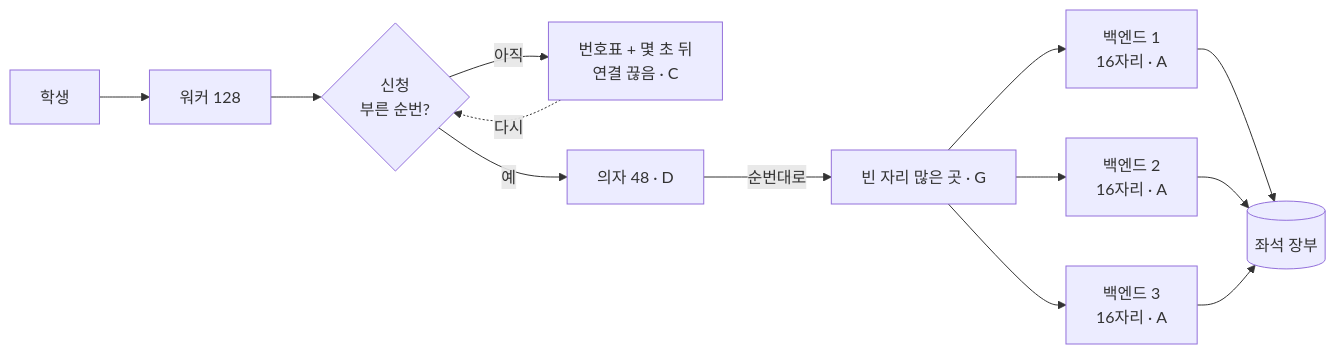
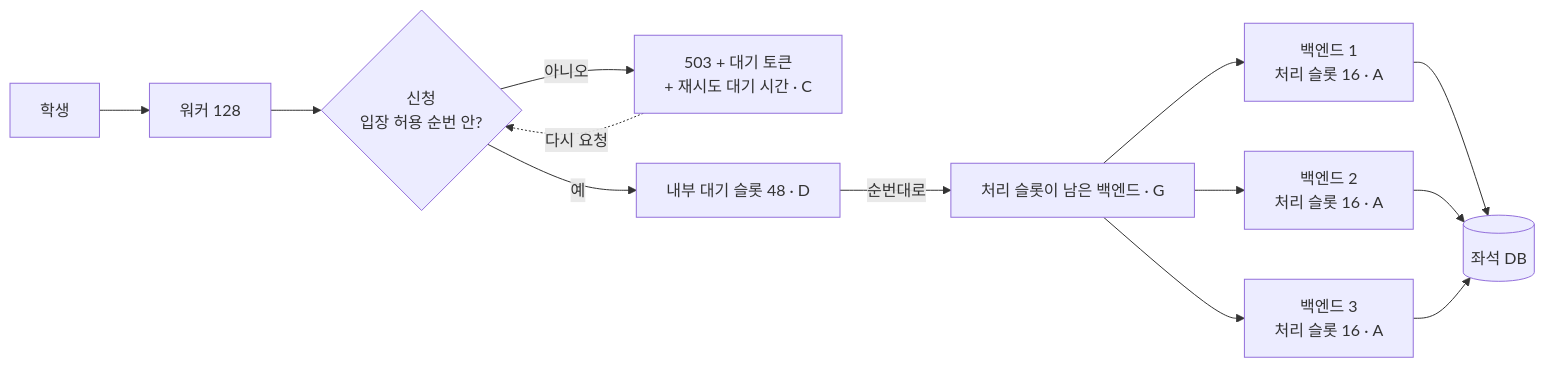
The diagram in README.md (pinn99k/jungle_web_server), drawn with Mermaid before and after one commit. The commit also changed other lines of this file and 13 other files, not shown here.

````diff
--- a/README.md
+++ b/README.md
@@ -63,11 +75,11 @@
 ```mermaid
 flowchart LR
   S[학생] --> W[워커 128]
-  W --> G{신청<br/>부른 순번?}
-  G -- 아직 --> T[번호표 + 몇 초 뒤<br/>연결 끊음 · C]
-  T -. 다시 .-> G
-  G -- 예 --> C[의자 48 · D]
-  C -- 순번대로 --> B[빈 자리 많은 곳 · G]
-  B --> B1[백엔드 1<br/>16자리 · A] & B2[백엔드 2<br/>16자리 · A] & B3[백엔드 3<br/>16자리 · A]
-  B1 & B2 & B3 --> L[(좌석 장부)]
+  W --> G{신청<br/>입장 허용 순번 안?}
+  G -- 아니오 --> T[503 + 대기 토큰<br/>+ 재시도 대기 시간 · C]
+  T -. 다시 요청 .-> G
+  G -- 예 --> C[내부 대기 슬롯 48 · D]
+  C -- 순번대로 --> B[처리 슬롯이 남은 백엔드 · G]
+  B --> B1[백엔드 1<br/>처리 슬롯 16 · A] & B2[백엔드 2<br/>처리 슬롯 16 · A] & B3[백엔드 3<br/>처리 슬롯 16 · A]
+  B1 & B2 & B3 --> L[(좌석 DB)]
 ```
````
